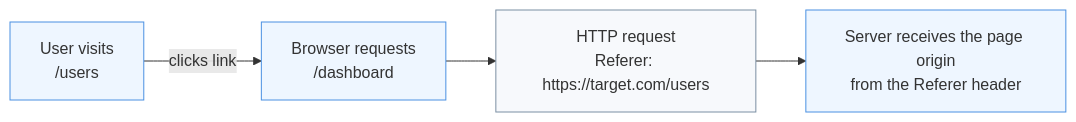
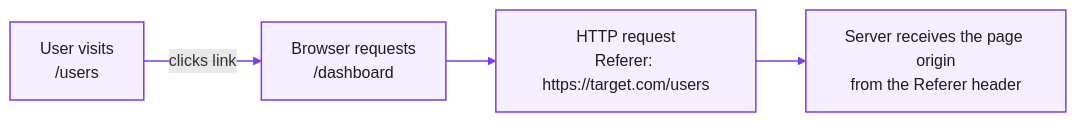
The second of 6 diagrams in writeups/SOC342-sharepoint-toolshell-rce/README.md (Yasserkdr1/Soc-Investigation-Writeups), drawn with Mermaid before and after one commit. The commit also changed other lines of this file, not shown here.

````diff
--- a/writeups/SOC342-sharepoint-toolshell-rce/README.md
+++ b/writeups/SOC342-sharepoint-toolshell-rce/README.md
@@ -141,11 +115,9 @@
 ```mermaid
 flowchart LR
     A["User visits<br/>/users"] -->|clicks link| B["Browser requests<br/>/dashboard"]
     B --> C["HTTP request<br/>Referer: https://target.com/users"]
     C --> D["Server receives the page origin<br/>from the Referer header"]
 
-    style A fill:#eef6ff,stroke:#4a90e2
-    style B fill:#eef6ff,stroke:#4a90e2
-    style C fill:#f7f9fc,stroke:#7b8fa3
-    style D fill:#eef6ff,stroke:#4a90e2
+    classDef default fill:#f5f0ff,stroke:#7c3aed,color:#1f1633,stroke-width:1.5px;
+    linkStyle default stroke:#7c3aed,stroke-width:1.5px;
 ```
````
